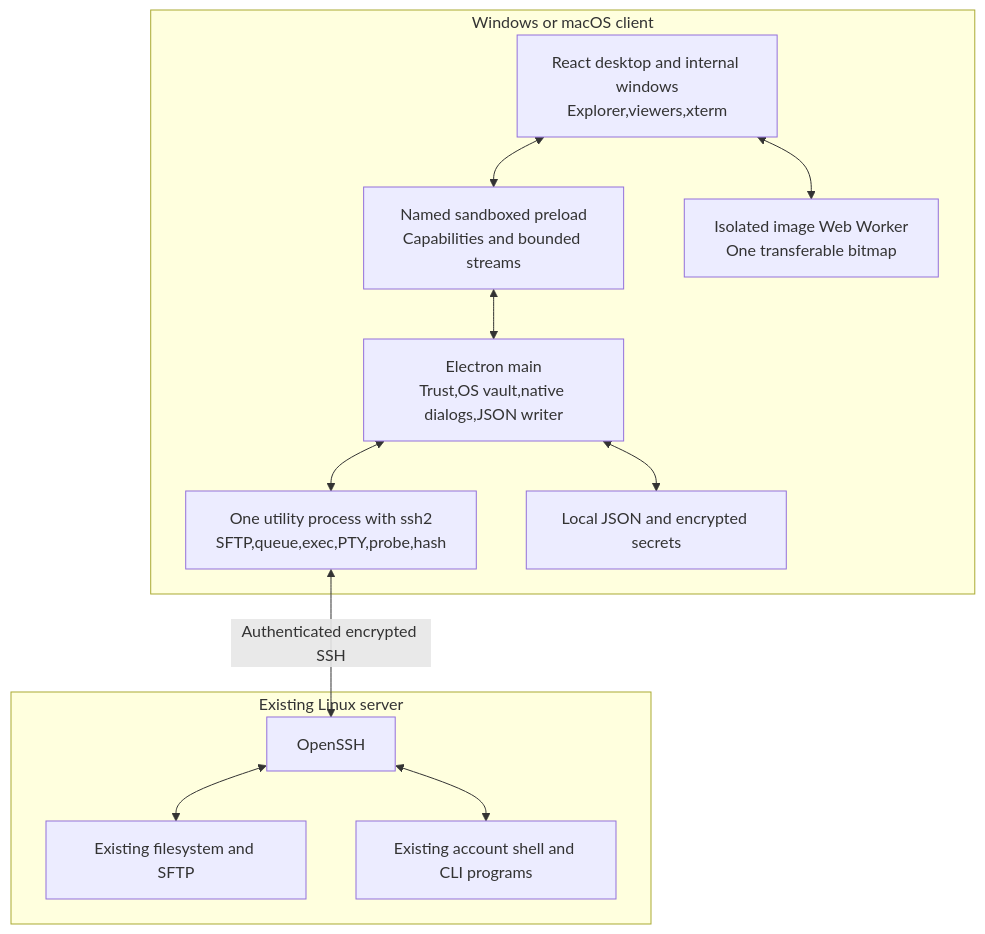
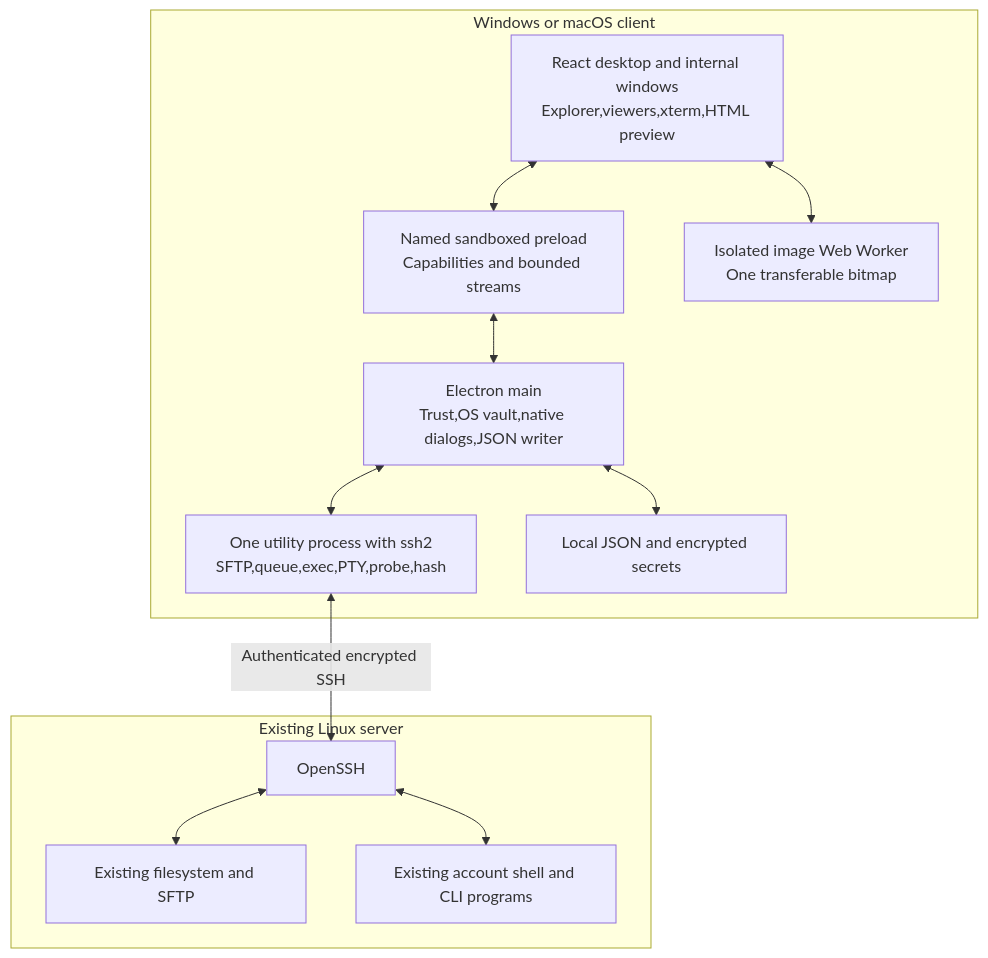
One commit to JunSungKang/sshos changed the diagram in docs/developer/architecture/system-architecture.md. Above: the diagram before and after it, drawn with Mermaid. The commit also changed other lines of this file and 327 other files, not shown here.

First line of the commit message:
Build command-backed Desktop files and isolated HTML previews

````diff
--- a/docs/developer/architecture/system-architecture.md
+++ b/docs/developer/architecture/system-architecture.md
@@ -5,24 +5,24 @@
 ```mermaid
 flowchart TB
   subgraph PC[Windows or macOS client]
-    UI[React desktop and internal windows<br/>Explorer,viewers,xterm]
+    UI[React desktop and internal windows<br/>Explorer,viewers,xterm,HTML preview]
     P[Named sandboxed preload<br/>Capabilities and bounded streams]
     M[Electron main<br/>Trust,OS vault,native dialogs,JSON writer]
     W[One utility process with ssh2<br/>SFTP,queue,exec,PTY,probe,hash]
     D[Local JSON and encrypted secrets]
     I[Isolated image Web Worker<br/>One transferable bitmap]
     UI <--> P
     P <--> M
     M <--> W
     M <--> D
     UI <--> I
   end
   subgraph SERVER[Existing Linux server]
     S[OpenSSH]
     F[Existing filesystem and SFTP]
     E[Existing account shell and CLI programs]
     S <--> F
     S <--> E
   end
   W <-->|Authenticated encrypted SSH| S
 ```
````
